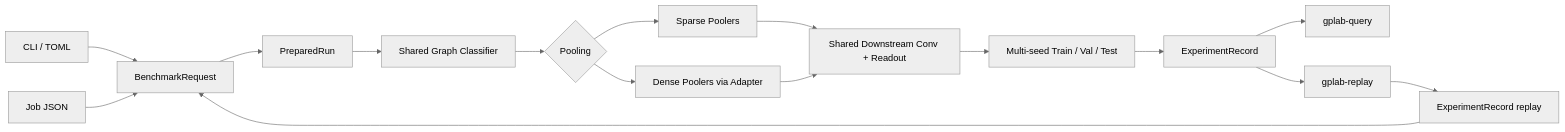
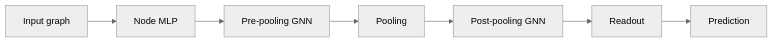
The diagram in README.md (ChenYizhu97/Graph-Pooling-Lab), drawn with Mermaid (neutral theme) before and after one commit. The commit also changed other lines of this file and 2 other files, not shown here.

Commit message:
docs: refine GPLab benchmark overview

````diff
--- a/README.md
+++ b/README.md
@@ -11,18 +16,9 @@
 ```mermaid
 flowchart LR
-    CLI["CLI / TOML"] --> A["BenchmarkRequest"]
-    JOB["Job JSON"] --> A
-    REC["ExperimentRecord replay"] --> A
-    A --> B["PreparedRun"]
-    B --> C["Shared Graph Classifier"]
-    C --> D{"Pooling"}
-    D --> E["Sparse Poolers"]
-    D --> F["Dense Poolers via Adapter"]
-    E --> G["Shared Downstream Conv + Readout"]
-    F --> G
-    G --> H["Multi-seed Train / Val / Test"]
-    H --> I["ExperimentRecord"]
-    I --> J["gplab-query"]
-    I --> K["gplab-replay"]
-    K --> REC
+    A["Input graph"] --> B["Node MLP"]
+    B --> C["Pre-pooling GNN"]
+    C --> D["Pooling"]
+    D --> E["Post-pooling GNN"]
+    E --> F["Readout"]
+    F --> G["Prediction"]
 ```
````
